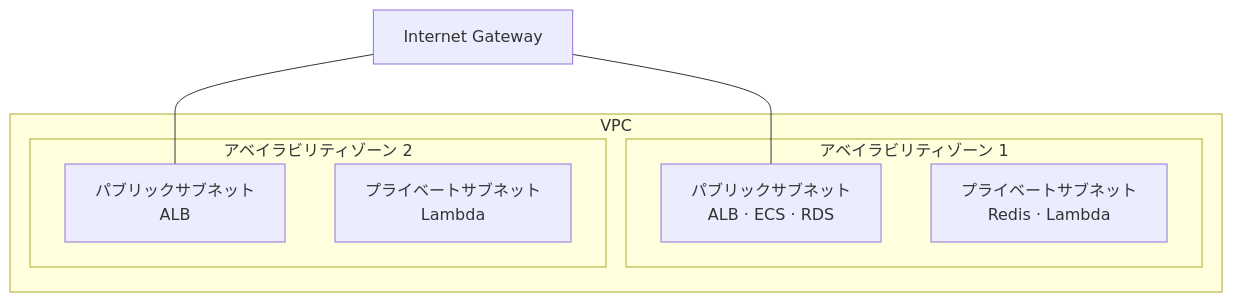
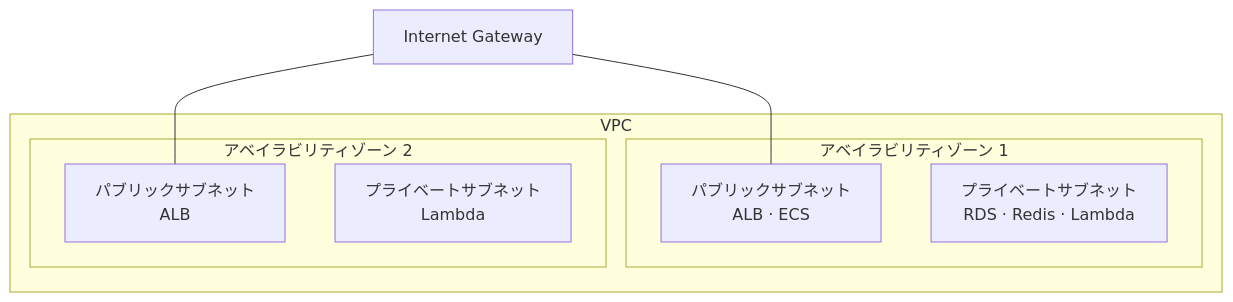
The second of 4 diagrams in README.md (jessehub777/flashbuy), drawn with Mermaid before and after one commit. The commit also changed other lines of this file and 1 other file, not shown here.

````diff
--- a/README.md
+++ b/README.md
@@ -109,16 +100,16 @@
 ```mermaid
 flowchart TB
   IGW["Internet Gateway"]
   subgraph VPC["VPC"]
     subgraph AZ1["アベイラビリティゾーン 1"]
-      PUB1["パブリックサブネット<br/>ALB · ECS · RDS"]
-      PRIV1["プライベートサブネット<br/>Redis · Lambda"]
+      PUB1["パブリックサブネット<br/>ALB · ECS"]
+      PRIV1["プライベートサブネット<br/>RDS · Redis · Lambda"]
     end
     subgraph AZ2["アベイラビリティゾーン 2"]
       PUB2["パブリックサブネット<br/>ALB"]
       PRIV2["プライベートサブネット<br/>Lambda"]
     end
   end
   IGW --- PUB1
   IGW --- PUB2
 ```
````
